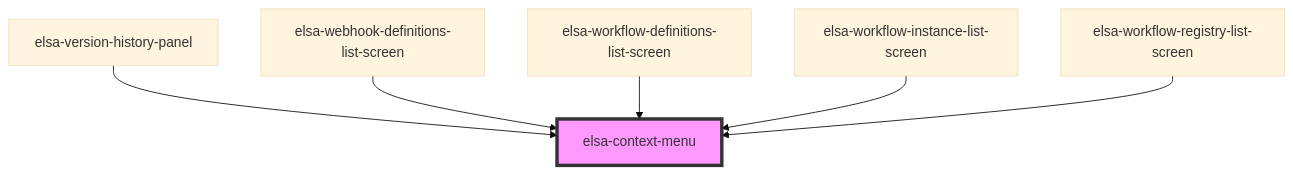
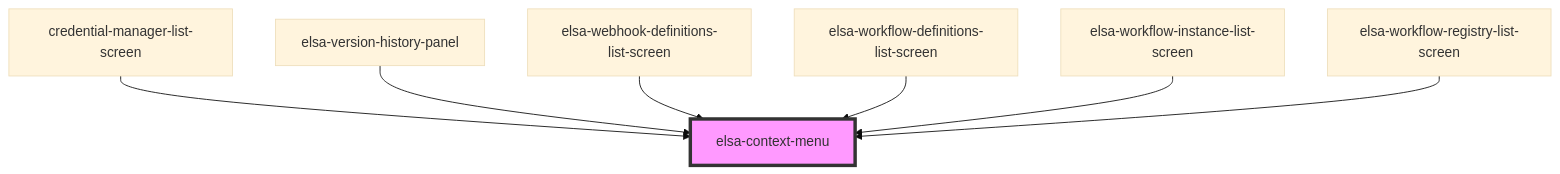
Before and after one commit to elsa-workflows/elsa-core: the diagram in src/designer/elsa-workflows-studio/src/components/controls/elsa-context-menu/readme.md, drawn with Mermaid (base theme). The commit also changed other lines of this file and 111 other files, not shown here.

First line of the commit message:
Credential manager (#2897)

````diff
--- a/src/designer/elsa-workflows-studio/src/components/controls/elsa-context-menu/readme.md
+++ b/src/designer/elsa-workflows-studio/src/components/controls/elsa-context-menu/readme.md
@@ -27,9 +28,10 @@
 ```mermaid
 graph TD;
+  credential-manager-list-screen --> elsa-context-menu
   elsa-version-history-panel --> elsa-context-menu
   elsa-webhook-definitions-list-screen --> elsa-context-menu
   elsa-workflow-definitions-list-screen --> elsa-context-menu
   elsa-workflow-instance-list-screen --> elsa-context-menu
   elsa-workflow-registry-list-screen --> elsa-context-menu
   style elsa-context-menu fill:#f9f,stroke:#333,stroke-width:4px
 ```
````
